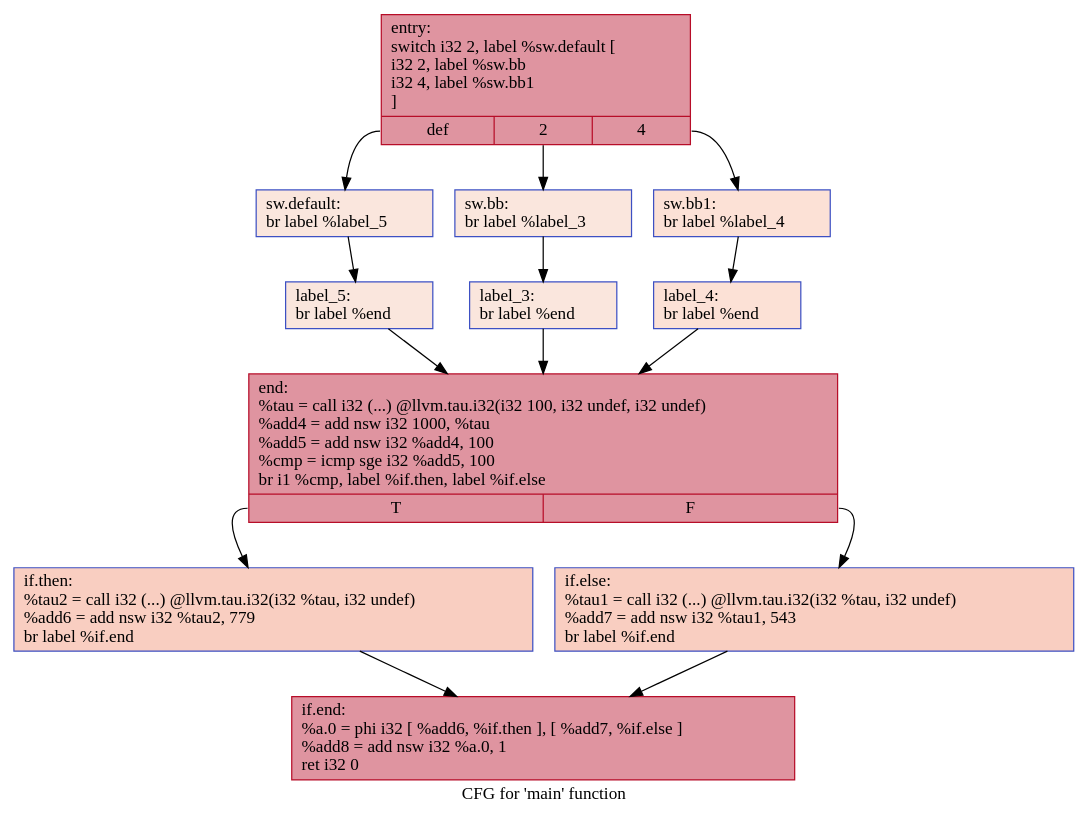
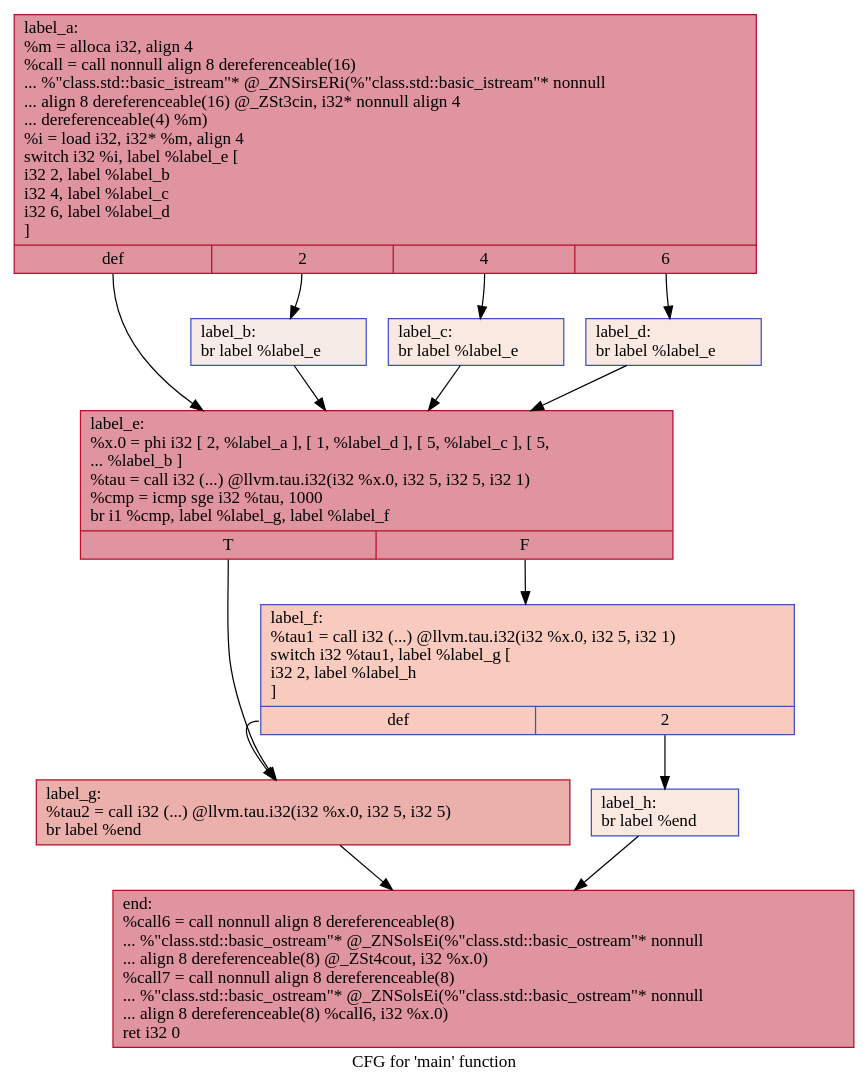
The diagram in IR/cfg/specSCCP_HPSSA.dot (HPSSA-LLVM/HPSSA-LLVM), drawn with Graphviz before and after one commit. The commit also changed 26 other files, not shown here.

```diff
--- a/IR/cfg/specSCCP_HPSSA.dot
+++ b/IR/cfg/specSCCP_HPSSA.dot
@@ -1,28 +1,26 @@
 digraph "CFG for 'main' function" {
 	label="CFG for 'main' function";
 
-	Node0x559067cb18f0 [shape=record,color="#b70d28ff", style=filled, fillcolor="#b70d2870",label="{entry:\l  switch i32 2, label %sw.default [\l    i32 2, label %sw.bb\l    i32 4, label %sw.bb1\l  ]\l|{<s0>def|<s1>2|<s2>4}}"];
-	Node0x559067cb18f0:s0 -> Node0x559067cb1a20;
-	Node0x559067cb18f0:s1 -> Node0x559067cb1aa0;
-	Node0x559067cb18f0:s2 -> Node0x559067cb1b40;
-	Node0x559067cb1aa0 [shape=record,color="#3d50c3ff", style=filled, fillcolor="#f3c7b170",label="{sw.bb:                                            \l  br label %label_3\l}"];
-	Node0x559067cb1aa0 -> Node0x559067cb1cd0;
-	Node0x559067cb1b40 [shape=record,color="#3d50c3ff", style=filled, fillcolor="#f7bca170",label="{sw.bb1:                                           \l  br label %label_4\l}"];
-	Node0x559067cb1b40 -> Node0x559067cb1db0;
-	Node0x559067cb1a20 [shape=record,color="#3d50c3ff", style=filled, fillcolor="#f3c7b170",label="{sw.default:                                       \l  br label %label_5\l}"];
-	Node0x559067cb1a20 -> Node0x559067cb1e90;
-	Node0x559067cb1cd0 [shape=record,color="#3d50c3ff", style=filled, fillcolor="#f3c7b170",label="{label_3:                                          \l  br label %end\l}"];
-	Node0x559067cb1cd0 -> Node0x559067cb1f70;
-	Node0x559067cb1db0 [shape=record,color="#3d50c3ff", style=filled, fillcolor="#f7bca170",label="{label_4:                                          \l  br label %end\l}"];
-	Node0x559067cb1db0 -> Node0x559067cb1f70;
-	Node0x559067cb1e90 [shape=record,color="#3d50c3ff", style=filled, fillcolor="#f3c7b170",label="{label_5:                                          \l  br label %end\l}"];
-	Node0x559067cb1e90 -> Node0x559067cb1f70;
-	Node0x559067cb1f70 [shape=record,color="#b70d28ff", style=filled, fillcolor="#b70d2870",label="{end:                                              \l  %tau = call i32 (...) @llvm.tau.i32(i32 100, i32 undef, i32 undef)\l  %add4 = add nsw i32 1000, %tau\l  %add5 = add nsw i32 %add4, 100\l  %cmp = icmp sge i32 %add5, 100\l  br i1 %cmp, label %if.then, label %if.else\l|{<s0>T|<s1>F}}"];
-	Node0x559067cb1f70:s0 -> Node0x559067cb2900;
-	Node0x559067cb1f70:s1 -> Node0x559067cb2b10;
-	Node0x559067cb2900 [shape=record,color="#3d50c3ff", style=filled, fillcolor="#f2907270",label="{if.then:                                          \l  %tau2 = call i32 (...) @llvm.tau.i32(i32 %tau, i32 undef)\l  %add6 = add nsw i32 %tau2, 779\l  br label %if.end\l}"];
-	Node0x559067cb2900 -> Node0x559067cb2e40;
-	Node0x559067cb2b10 [shape=record,color="#3d50c3ff", style=filled, fillcolor="#f2907270",label="{if.else:                                          \l  %tau1 = call i32 (...) @llvm.tau.i32(i32 %tau, i32 undef)\l  %add7 = add nsw i32 %tau1, 543\l  br label %if.end\l}"];
-	Node0x559067cb2b10 -> Node0x559067cb2e40;
-	Node0x559067cb2e40 [shape=record,color="#b70d28ff", style=filled, fillcolor="#b70d2870",label="{if.end:                                           \l  %a.0 = phi i32 [ %add6, %if.then ], [ %add7, %if.else ]\l  %add8 = add nsw i32 %a.0, 1\l  ret i32 0\l}"];
+	Node0x55c26d243f50 [shape=record,color="#b70d28ff", style=filled, fillcolor="#b70d2870",label="{label_a:\l  %m = alloca i32, align 4\l  %call = call nonnull align 8 dereferenceable(16)\l... %\"class.std::basic_istream\"* @_ZNSirsERi(%\"class.std::basic_istream\"* nonnull\l... align 8 dereferenceable(16) @_ZSt3cin, i32* nonnull align 4\l... dereferenceable(4) %m)\l  %i = load i32, i32* %m, align 4\l  switch i32 %i, label %label_e [\l    i32 2, label %label_b\l    i32 4, label %label_c\l    i32 6, label %label_d\l  ]\l|{<s0>def|<s1>2|<s2>4|<s3>6}}"];
+	Node0x55c26d243f50:s0 -> Node0x55c26d244390;
+	Node0x55c26d243f50:s1 -> Node0x55c26d244490;
+	Node0x55c26d243f50:s2 -> Node0x55c26d244590;
+	Node0x55c26d243f50:s3 -> Node0x55c26d244690;
+	Node0x55c26d244490 [shape=record,color="#3d50c3ff", style=filled, fillcolor="#ecd3c570",label="{label_b:                                          \l  br label %label_e\l}"];
+	Node0x55c26d244490 -> Node0x55c26d244390;
+	Node0x55c26d244590 [shape=record,color="#3d50c3ff", style=filled, fillcolor="#f1ccb870",label="{label_c:                                          \l  br label %label_e\l}"];
+	Node0x55c26d244590 -> Node0x55c26d244390;
+	Node0x55c26d244690 [shape=record,color="#3d50c3ff", style=filled, fillcolor="#f1ccb870",label="{label_d:                                          \l  br label %label_e\l}"];
+	Node0x55c26d244690 -> Node0x55c26d244390;
+	Node0x55c26d244390 [shape=record,color="#b70d28ff", style=filled, fillcolor="#b70d2870",label="{label_e:                                          \l  %x.0 = phi i32 [ 2, %label_a ], [ 1, %label_d ], [ 5, %label_c ], [ 5,\l... %label_b ]\l  %tau = call i32 (...) @llvm.tau.i32(i32 %x.0, i32 5, i32 5, i32 1)\l  %cmp = icmp sge i32 %tau, 1000\l  br i1 %cmp, label %label_g, label %label_f\l|{<s0>T|<s1>F}}"];
+	Node0x55c26d244390:s0 -> Node0x55c26d244d60;
+	Node0x55c26d244390:s1 -> Node0x55c26d244dd0;
+	Node0x55c26d244dd0 [shape=record,color="#3d50c3ff", style=filled, fillcolor="#ef886b70",label="{label_f:                                          \l  %tau1 = call i32 (...) @llvm.tau.i32(i32 %x.0, i32 5, i32 1)\l  switch i32 %tau1, label %label_g [\l    i32 2, label %label_h\l  ]\l|{<s0>def|<s1>2}}"];
+	Node0x55c26d244dd0:s0 -> Node0x55c26d244d60;
+	Node0x55c26d244dd0:s1 -> Node0x55c26d245100;
+	Node0x55c26d244d60 [shape=record,color="#b70d28ff", style=filled, fillcolor="#d24b4070",label="{label_g:                                          \l  %tau2 = call i32 (...) @llvm.tau.i32(i32 %x.0, i32 5, i32 5)\l  br label %end\l}"];
+	Node0x55c26d244d60 -> Node0x55c26d2452c0;
+	Node0x55c26d245100 [shape=record,color="#3d50c3ff", style=filled, fillcolor="#f1ccb870",label="{label_h:                                          \l  br label %end\l}"];
+	Node0x55c26d245100 -> Node0x55c26d2452c0;
+	Node0x55c26d2452c0 [shape=record,color="#b70d28ff", style=filled, fillcolor="#b70d2870",label="{end:                                              \l  %call6 = call nonnull align 8 dereferenceable(8)\l... %\"class.std::basic_ostream\"* @_ZNSolsEi(%\"class.std::basic_ostream\"* nonnull\l... align 8 dereferenceable(8) @_ZSt4cout, i32 %x.0)\l  %call7 = call nonnull align 8 dereferenceable(8)\l... %\"class.std::basic_ostream\"* @_ZNSolsEi(%\"class.std::basic_ostream\"* nonnull\l... align 8 dereferenceable(8) %call6, i32 %x.0)\l  ret i32 0\l}"];
 }
```
